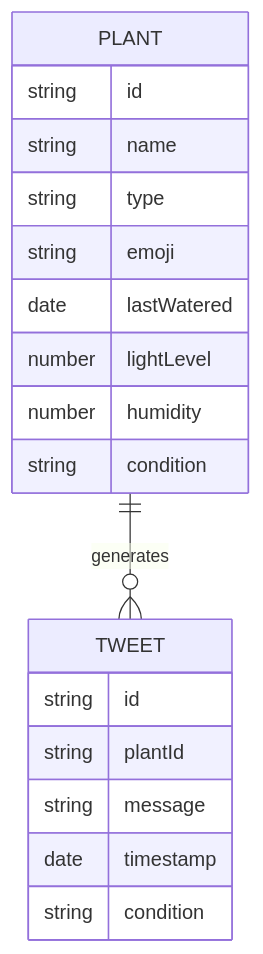
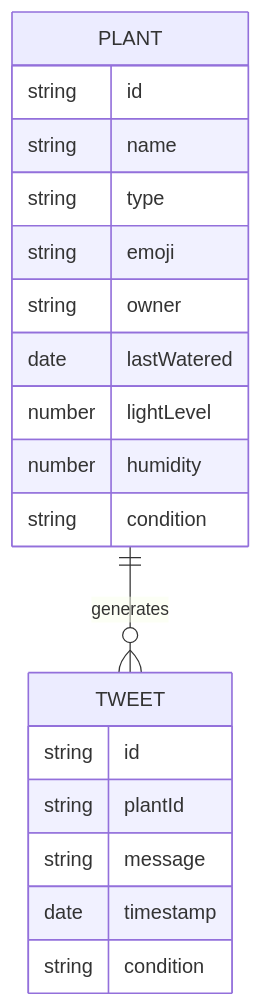
One commit to elmana/plant-dashboard-app changed the diagram in docs/DOMAIN_MODEL.md. Above: the diagram before and after it, drawn with Mermaid. The commit also changed other lines of this file, not shown here.

````diff
--- a/docs/DOMAIN_MODEL.md
+++ b/docs/DOMAIN_MODEL.md
@@ -52,23 +53,24 @@
 ```mermaid
 erDiagram
     PLANT {
         string id
         string name
         string type
         string emoji
+        string owner
         date lastWatered
         number lightLevel
         number humidity
         string condition
     }
 
     TWEET {
         string id
         string plantId
         string message
         date timestamp
         string condition
     }
 
     PLANT ||--o{ TWEET : "generates"
  ```
````
